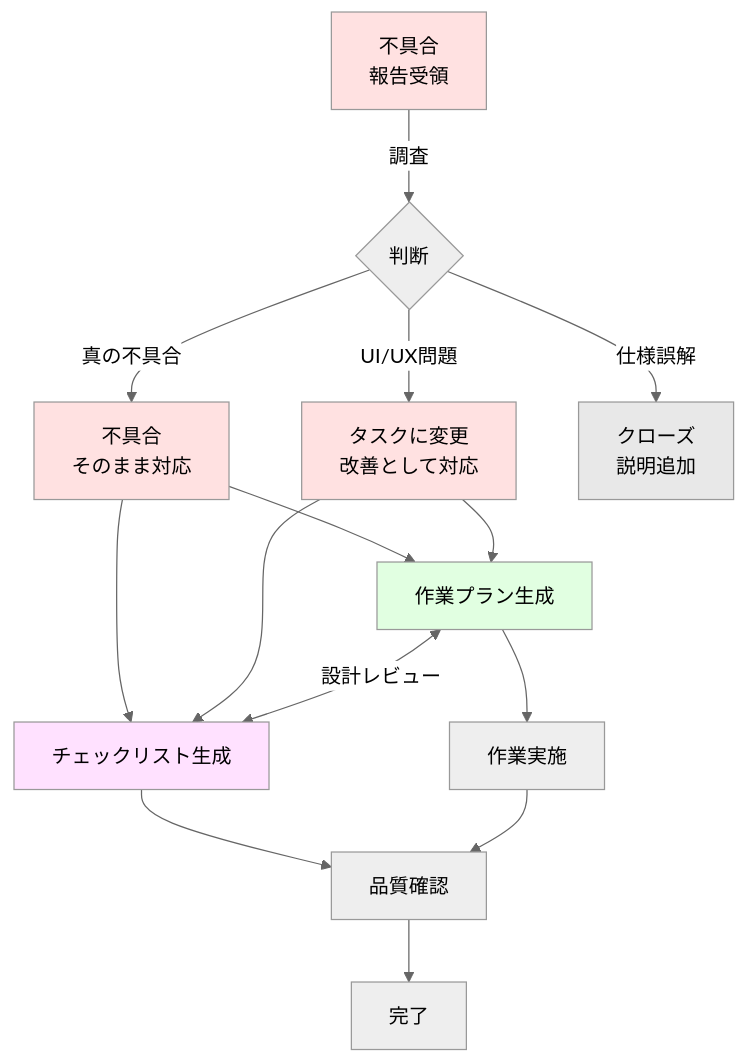
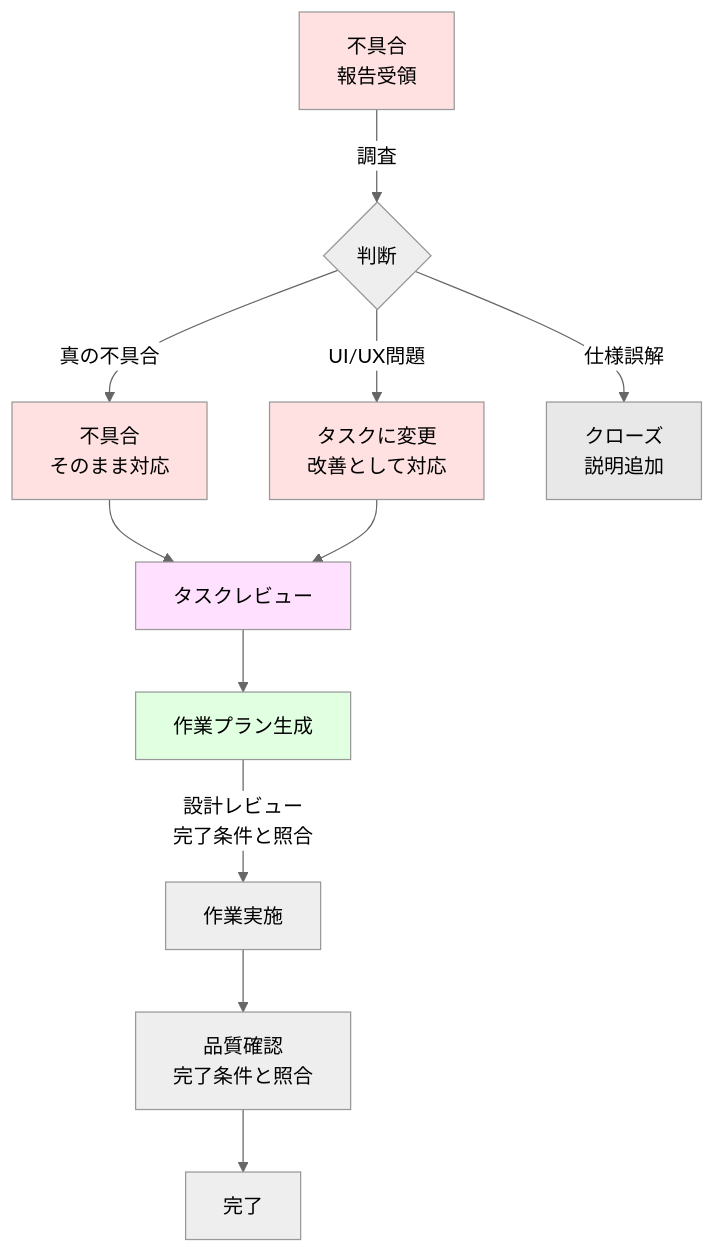
The second of 2 diagrams in provision/files/wiki/help/issue_flow.md (wate/vagrant-redmine), drawn with Mermaid (neutral theme) before and after one commit. The commit also changed other lines of this file and 24 other files, not shown here.

````diff
--- a/provision/files/wiki/help/issue_flow.md
+++ b/provision/files/wiki/help/issue_flow.md
@@ -36,22 +34,19 @@
 ```mermaid
 graph TD
     I[不具合<br/>報告受領] -->|調査| J{判断}
     J -->|真の不具合| K[不具合<br/>そのまま対応]
     J -->|UI/UX問題| L[タスクに変更<br/>改善として対応]
     J -->|仕様誤解| M[クローズ<br/>説明追加]
-    K --> N[作業プラン生成]
-    K --> O[チェックリスト生成]
-    L --> N
+    K --> O[タスクレビュー]
     L --> O
-    N <-->|設計レビュー| O
-    N --> P[作業実施]
-    O --> Q[品質確認]
-    P --> Q
+    O --> N[作業プラン生成]
+    N -->|設計レビュー<br/>完了条件と照合| P[作業実施]
+    P --> Q[品質確認<br/>完了条件と照合]
     Q --> R[完了]
     style I fill:#ffe1e1
     style K fill:#ffe1e1
     style L fill:#ffe1e1
     style M fill:#e8e8e8
     style N fill:#e1ffe1
     style O fill:#ffe1ff
 ```
````
